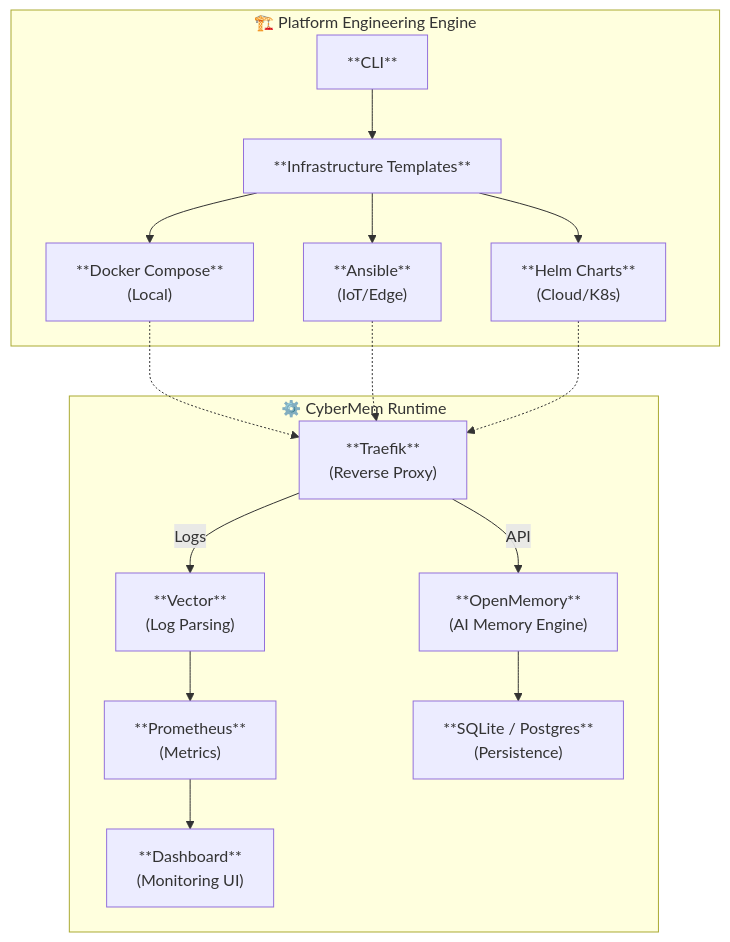
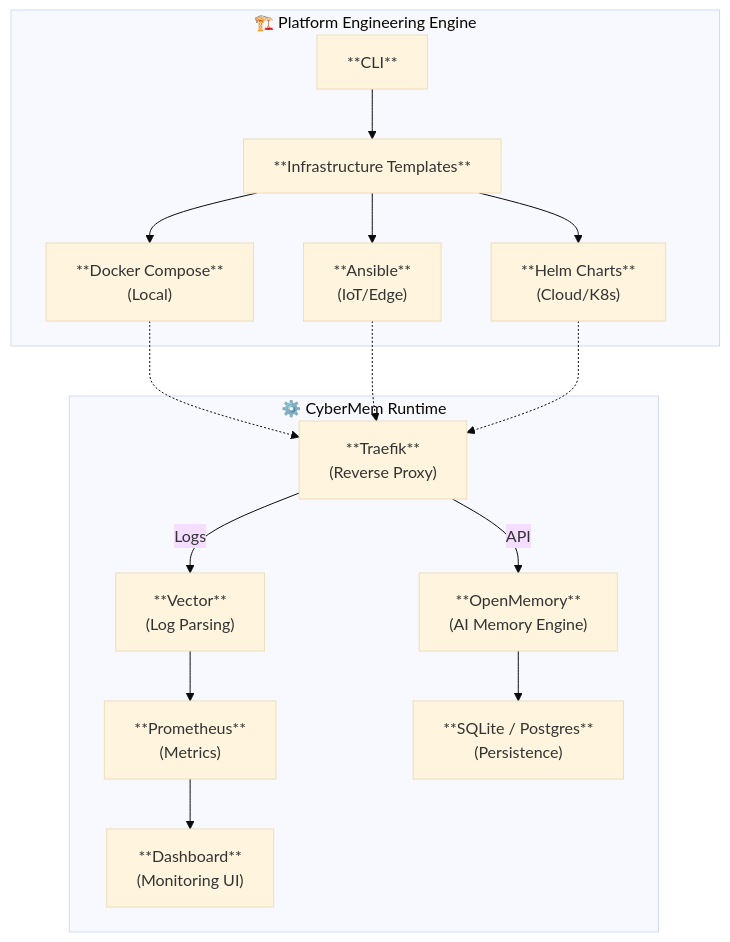
The diagram in README.md (mikhailkogan17/cybermem), drawn with Mermaid before and after one commit.

Commit message:
Updated README mermaid config

````diff
--- a/README.md
+++ b/README.md
@@ -61,35 +61,41 @@
 ```mermaid
+---
+config:
+  theme: base
+  wrappingWidth: 290
+  fontSize: 11
+---
 graph TD
     subgraph Gen["🏗️ Platform Engineering Engine"]
         CLI["**CLI**"]
         Templates["**Infrastructure Templates**"]
         CLI --> Templates
         
         Compose["**Docker Compose**<br/>(Local)"]
         Ansible["**Ansible**<br/>(IoT/Edge)"]
         Helm["**Helm Charts**<br/>(Cloud/K8s)"]
         
         Templates --> Compose
         Templates --> Ansible
         Templates --> Helm
     end
 
     subgraph Runtime["⚙️ CyberMem Runtime"]
         Traefik["**Traefik**<br/>(Reverse Proxy)"]
         Vector["**Vector**<br/>(Log Parsing)"]
         Prom["**Prometheus**<br/>(Metrics)"]
         Dash["**Dashboard**<br/>(Monitoring UI)"]
         OM["**OpenMemory**<br/>(AI Memory Engine)"]
         DB["**SQLite / Postgres**<br/>(Persistence)"]
         
         Traefik -->|Logs| Vector
         Traefik -->|API| OM
         OM --> DB
         Vector --> Prom
         Prom --> Dash
     end
 
     Compose -.-> Traefik
     Ansible -.-> Traefik
     Helm -.-> Traefik
 ```
````
